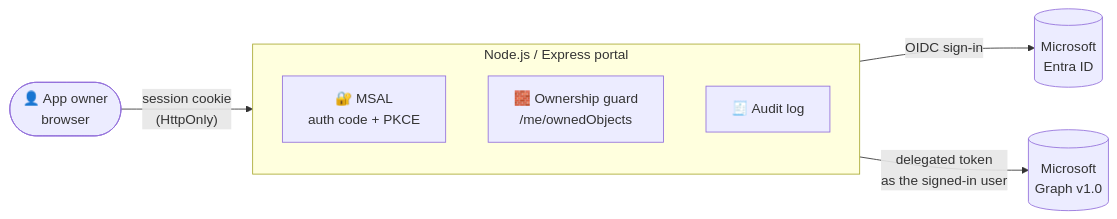
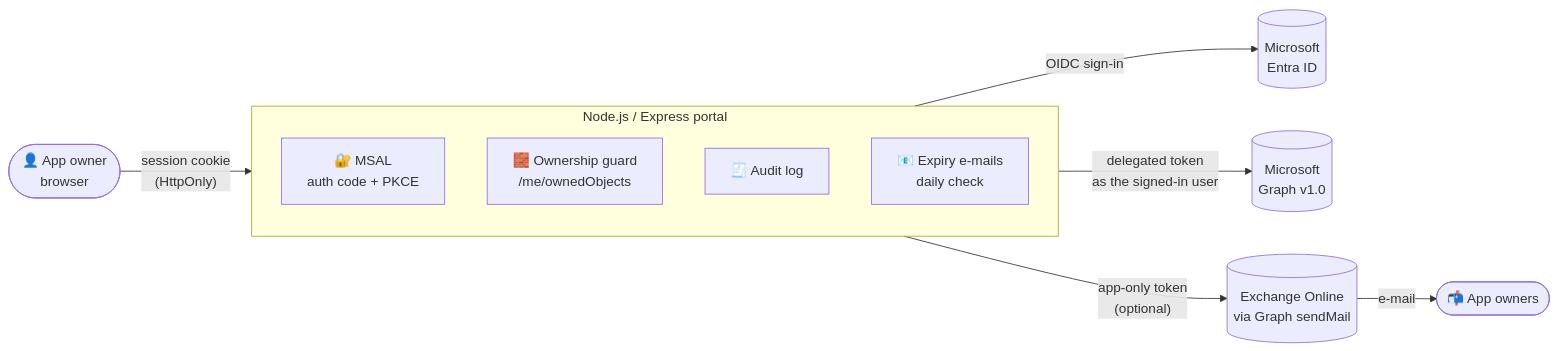
Before and after one commit to 21bshwjt/Entra-Apps-Management: the diagram in README.md, drawn with Mermaid. The commit also changed other lines of this file and 8 other files, not shown here.

Commit message:
v1.1.0: expiry e-mails to owners, disabled app indicator

````diff
--- a/README.md
+++ b/README.md
@@ -90,14 +98,17 @@
 ```mermaid
 flowchart LR
     U([👤 App owner<br/>browser]) -- "session cookie<br/>(HttpOnly)" --> S
 
     subgraph S [Node.js / Express portal]
       direction TB
       A[🔐 MSAL<br/>auth code + PKCE]
       G[🧱 Ownership guard<br/>/me/ownedObjects]
       L[🧾 Audit log]
+      N[📧 Expiry e-mails<br/>daily check]
     end
 
     S -- "OIDC sign-in" --> E[(Microsoft<br/>Entra ID)]
     S -- "delegated token<br/>as the signed-in user" --> M[(Microsoft<br/>Graph v1.0)]
+    N -- "app-only token<br/>(optional)" --> X[(Exchange Online<br/>via Graph sendMail)]
+    X -- "e-mail" --> O([📬 App owners])
 ```
````
